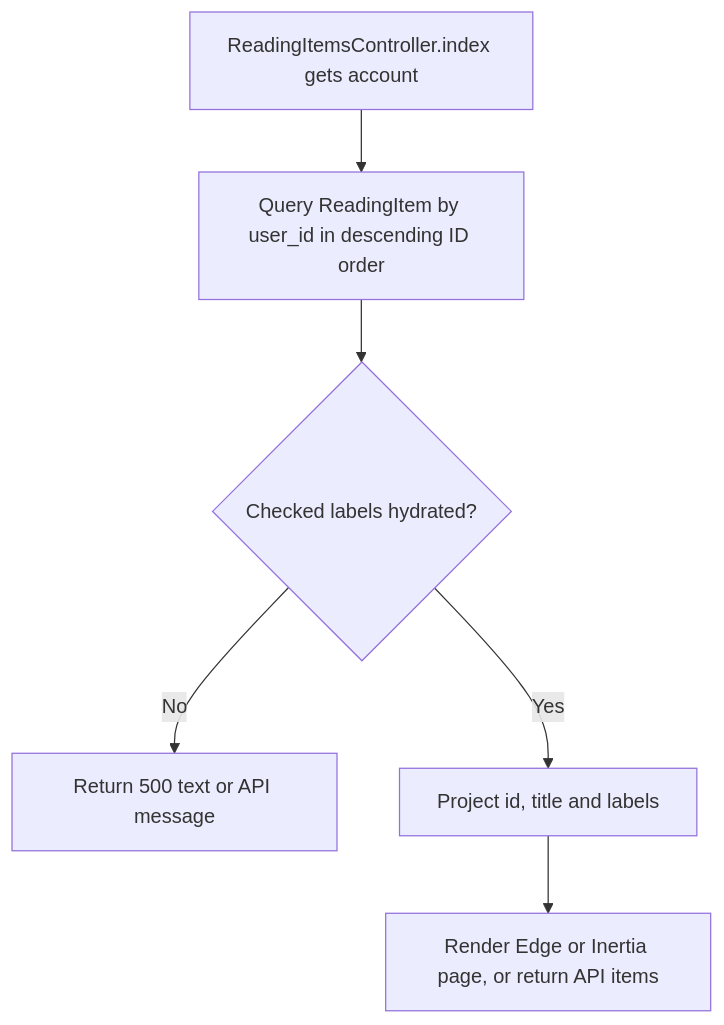
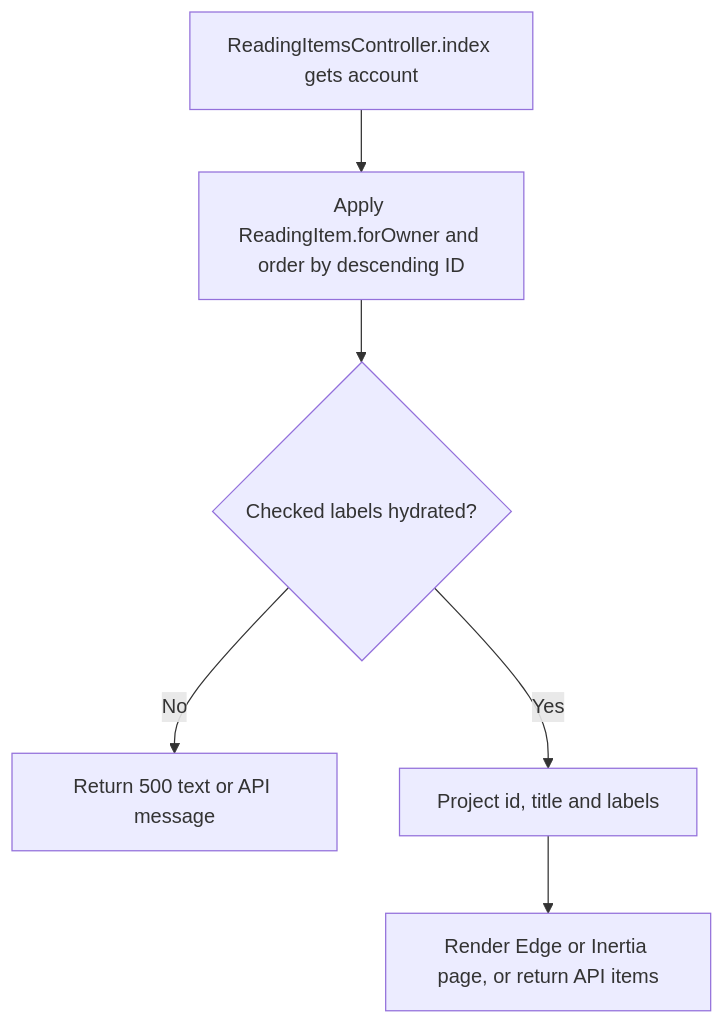
One commit to Kevinjohn/oss-adonisjs-starter-examples changed the second of 2 diagrams in user-stories/reading-list/us-read-01-view-reading-list.md. Above: the diagram before and after it, drawn with Mermaid. The commit also changed 67 other files, not shown here.

Commit message:
Adopt native browser sessions and pin Masquerade schema replay

````diff
--- a/user-stories/reading-list/us-read-01-view-reading-list.md
+++ b/user-stories/reading-list/us-read-01-view-reading-list.md
@@ -28,8 +28,8 @@
 ```mermaid
 flowchart TD
-    A["ReadingItemsController.index gets account"] --> B["Query ReadingItem by user_id in descending ID order"]
+    A["ReadingItemsController.index gets account"] --> B["Apply ReadingItem.forOwner and order by descending ID"]
     B --> C{"Checked labels hydrated?"}
     C -->|No| D["Return 500 text or API message"]
     C -->|Yes| E["Project id, title and labels"]
     E --> F["Render Edge or Inertia page, or return API items"]
 ```
````
